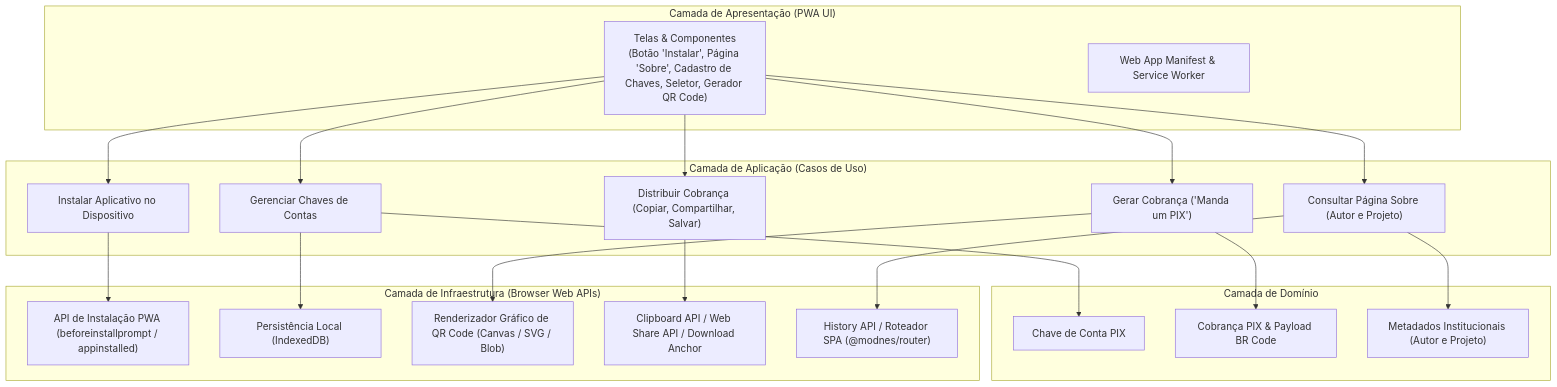
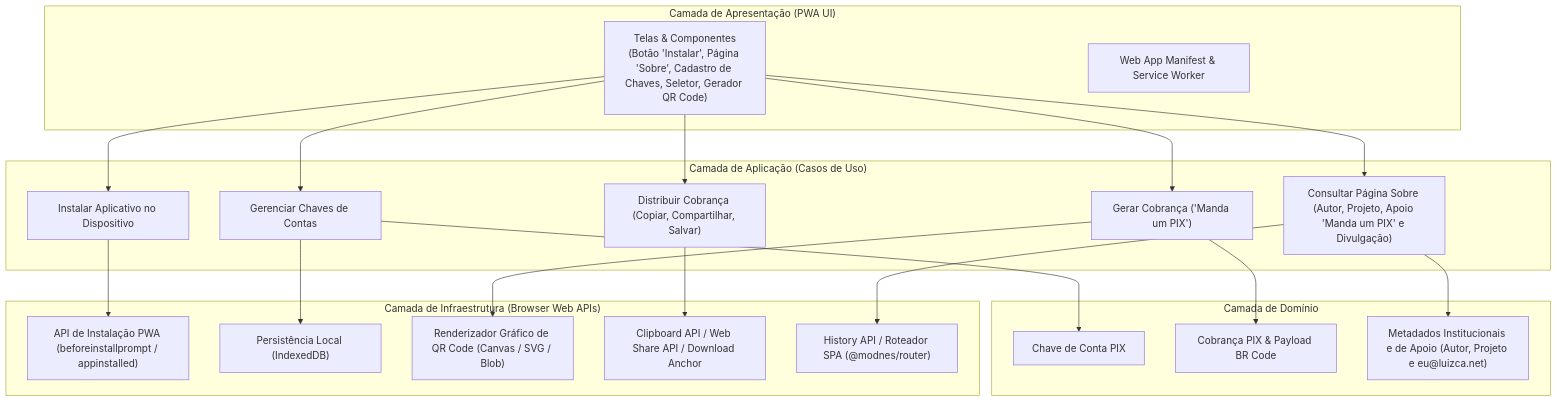
The diagram in docs/architecture/overview.md (luizcanet/mandaumpix.app), drawn with Mermaid before and after one commit. The commit also changed 13 other files, not shown here.

````diff
--- a/docs/architecture/overview.md
+++ b/docs/architecture/overview.md
@@ -26,39 +26,39 @@
 ```mermaid
 flowchart TD
     subgraph UI["Camada de Apresentação (PWA UI)"]
         Views["Telas & Componentes<br/>(Botão 'Instalar', Página 'Sobre', Cadastro de Chaves, Seletor, Gerador QR Code)"]
         PWAAssets["Web App Manifest & Service Worker"]
     end
 
     subgraph AppLayer["Camada de Aplicação (Casos de Uso)"]
         UC0["Instalar Aplicativo no Dispositivo"]
         UC1["Gerenciar Chaves de Contas"]
         UC2["Gerar Cobrança ('Manda um PIX')"]
         UC3["Distribuir Cobrança (Copiar, Compartilhar, Salvar)"]
-        UC4["Consultar Página Sobre (Autor e Projeto)"]
+        UC4["Consultar Página Sobre (Autor, Projeto, Apoio 'Manda um PIX' e Divulgação)"]
     end
 
     subgraph Domain["Camada de Domínio"]
         EntKey["Chave de Conta PIX"]
         EntCharge["Cobrança PIX & Payload BR Code"]
-        EntAbout["Metadados Institucionais (Autor e Projeto)"]
+        EntAbout["Metadados Institucionais e de Apoio (Autor, Projeto e eu@luizca.net)"]
     end
 
     subgraph Infra["Camada de Infraestrutura (Browser Web APIs)"]
         PWAInstall["API de Instalação PWA (beforeinstallprompt / appinstalled)"]
         Storage["Persistência Local (IndexedDB)"]
         QRGen["Renderizador Gráfico de QR Code (Canvas / SVG / Blob)"]
         ShareClip["Clipboard API / Web Share API / Download Anchor"]
         RouterInfra["History API / Roteador SPA (@modnes/router)"]
     end
 
     Views --> UC0 & UC1 & UC2 & UC3 & UC4
     UC0 --> PWAInstall
     UC1 --> EntKey
     UC2 --> EntCharge
     UC4 --> EntAbout
     UC1 --> Storage
     UC2 --> QRGen
     UC3 --> ShareClip
     UC4 --> RouterInfra
 ```
````
